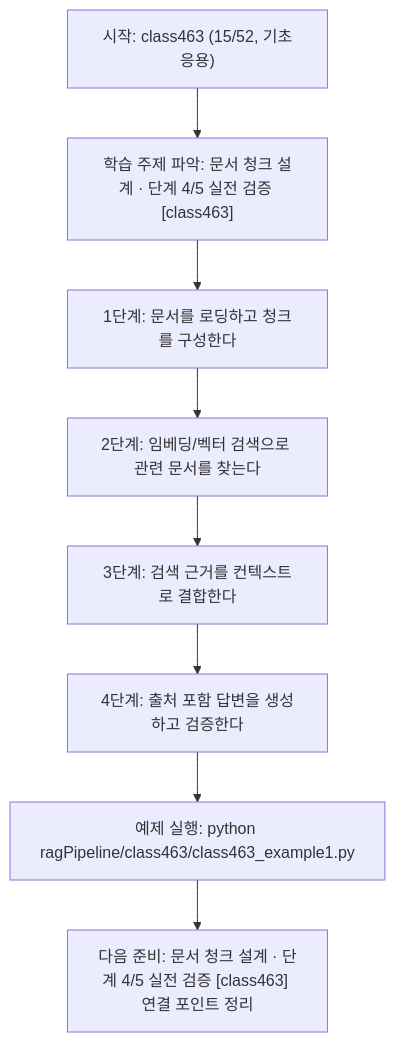
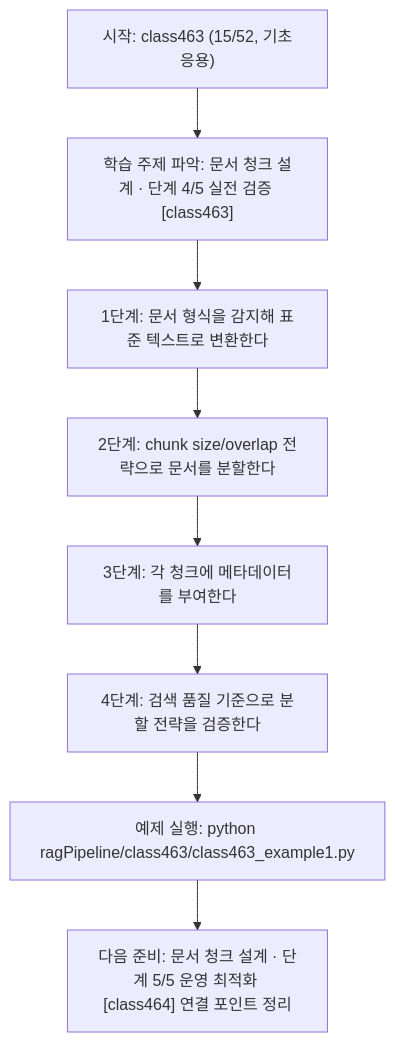
Before and after one commit to edumgt/Python-AI_Agent-Class: the diagram in ragPipeline/class463/class463.md, drawn with Mermaid. The commit also changed other lines of this file and 367 other files, not shown here.

````diff
--- a/ragPipeline/class463/class463.md
+++ b/ragPipeline/class463/class463.md
@@ -111,18 +92,18 @@
 ```mermaid
 flowchart TD
 N1["시작: class463 (15/52, 기초응용)"]
 N2["학습 주제 파악: 문서 청크 설계 · 단계 4/5 실전 검증 [class463]"]
-N3["1단계: 문서를 로딩하고 청크를 구성한다"]
-N4["2단계: 임베딩/벡터 검색으로 관련 문서를 찾는다"]
-N5["3단계: 검색 근거를 컨텍스트로 결합한다"]
-N6["4단계: 출처 포함 답변을 생성하고 검증한다"]
+N3["1단계: 문서 형식을 감지해 표준 텍스트로 변환한다"]
+N4["2단계: chunk size/overlap 전략으로 문서를 분할한다"]
+N5["3단계: 각 청크에 메타데이터를 부여한다"]
+N6["4단계: 검색 품질 기준으로 분할 전략을 검증한다"]
 N7["예제 실행: python ragPipeline/class463/class463_example1.py"]
-N8["다음 준비: 문서 청크 설계 · 단계 4/5 실전 검증 [class463] 연결 포인트 정리"]
+N8["다음 준비: 문서 청크 설계 · 단계 5/5 운영 최적화 [class464] 연결 포인트 정리"]
 N1 --> N2
 N2 --> N3
 N3 --> N4
 N4 --> N5
 N5 --> N6
 N6 --> N7
 N7 --> N8
 ```
````
